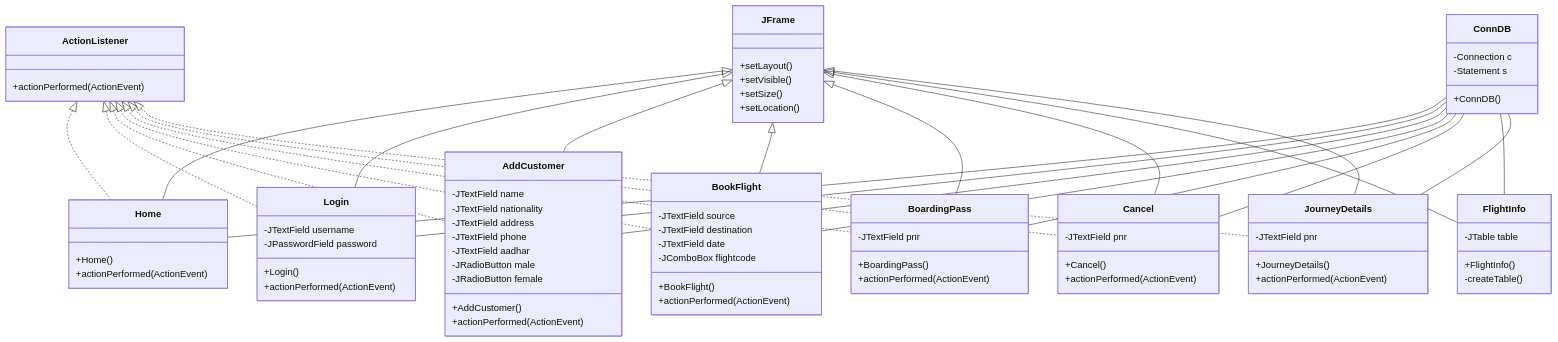
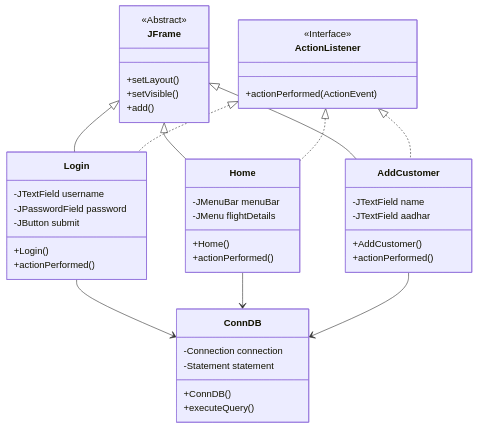
One commit to Barath-07-tech/codebase_doc changed the diagram in docs/classes.md. Above: the diagram before and after it, drawn with Mermaid. The commit also changed other lines of this file and 15 other files, not shown here.

````diff
--- a/docs/classes.md
+++ b/docs/classes.md
@@ -5,102 +263,53 @@
 ```mermaid
 classDiagram
-    JFrame <|-- Home
-    JFrame <|-- Login
-    JFrame <|-- AddCustomer
-    JFrame <|-- BookFlight
-    JFrame <|-- BoardingPass
-    JFrame <|-- Cancel
-    JFrame <|-- FlightInfo
-    JFrame <|-- JourneyDetails
-
-    ActionListener <|.. Home
-    ActionListener <|.. Login
-    ActionListener <|.. AddCustomer
-    ActionListener <|.. BookFlight
-    ActionListener <|.. BoardingPass
-    ActionListener <|.. Cancel
-    ActionListener <|.. JourneyDetails
-
-    ConnDB -- Home
-    ConnDB -- Login
-    ConnDB -- AddCustomer
-    ConnDB -- BookFlight
-    ConnDB -- BoardingPass
-    ConnDB -- Cancel
-    ConnDB -- FlightInfo
-    ConnDB -- JourneyDetails
-
     class JFrame {
+        <<Abstract>>
         +setLayout()
         +setVisible()
-        +setSize()
-        +setLocation()
+        +add()
     }
-
+    
     class ActionListener {
+        <<Interface>>
         +actionPerformed(ActionEvent)
     }
-
-    class ConnDB {
-        -Connection c
-        -Statement s
-        +ConnDB()
-    }
-
-    class Home {
-        +Home()
-        +actionPerformed(ActionEvent)
-    }
-
+    
     class Login {
         -JTextField username
         -JPasswordField password
+        -JButton submit
         +Login()
-        +actionPerformed(ActionEvent)
+        +actionPerformed()
     }
-
+    
+    class Home {
+        -JMenuBar menuBar
+        -JMenu flightDetails
+        +Home()
+        +actionPerformed()
+    }
+    
     class AddCustomer {
         -JTextField name
-        -JTextField nationality
-        -JTextField address
-        -JTextField phone
         -JTextField aadhar
-        -JRadioButton male
-        -JRadioButton female
         +AddCustomer()
-        +actionPerformed(ActionEvent)
+        +actionPerformed()
     }
-
-    class BookFlight {
-        -JTextField source
-        -JTextField destination
-        -JTextField date
-        -JComboBox flightcode
-        +BookFlight()
-        +actionPerformed(ActionEvent)
+    
+    class ConnDB {
+        -Connection connection
+        -Statement statement
+        +ConnDB()
+        +executeQuery()
     }
-
-    class BoardingPass {
-        -JTextField pnr
-        +BoardingPass()
-        +actionPerformed(ActionEvent)
-    }
-
-    class Cancel {
-        -JTextField pnr
-        +Cancel()
-        +actionPerformed(ActionEvent)
-    }
-
-    class FlightInfo {
-        -JTable table
-        +FlightInfo()
-        -createTable()
-    }
-
-    class JourneyDetails {
-        -JTextField pnr
-        +JourneyDetails()
-        +actionPerformed(ActionEvent)
-    }
+    
+    JFrame <|-- Login
+    JFrame <|-- Home
+    JFrame <|-- AddCustomer
+    ActionListener <|.. Login
+    ActionListener <|.. Home
+    ActionListener <|.. AddCustomer
+    Login --> ConnDB
+    Home --> ConnDB
+    AddCustomer --> ConnDB
 ```
````
